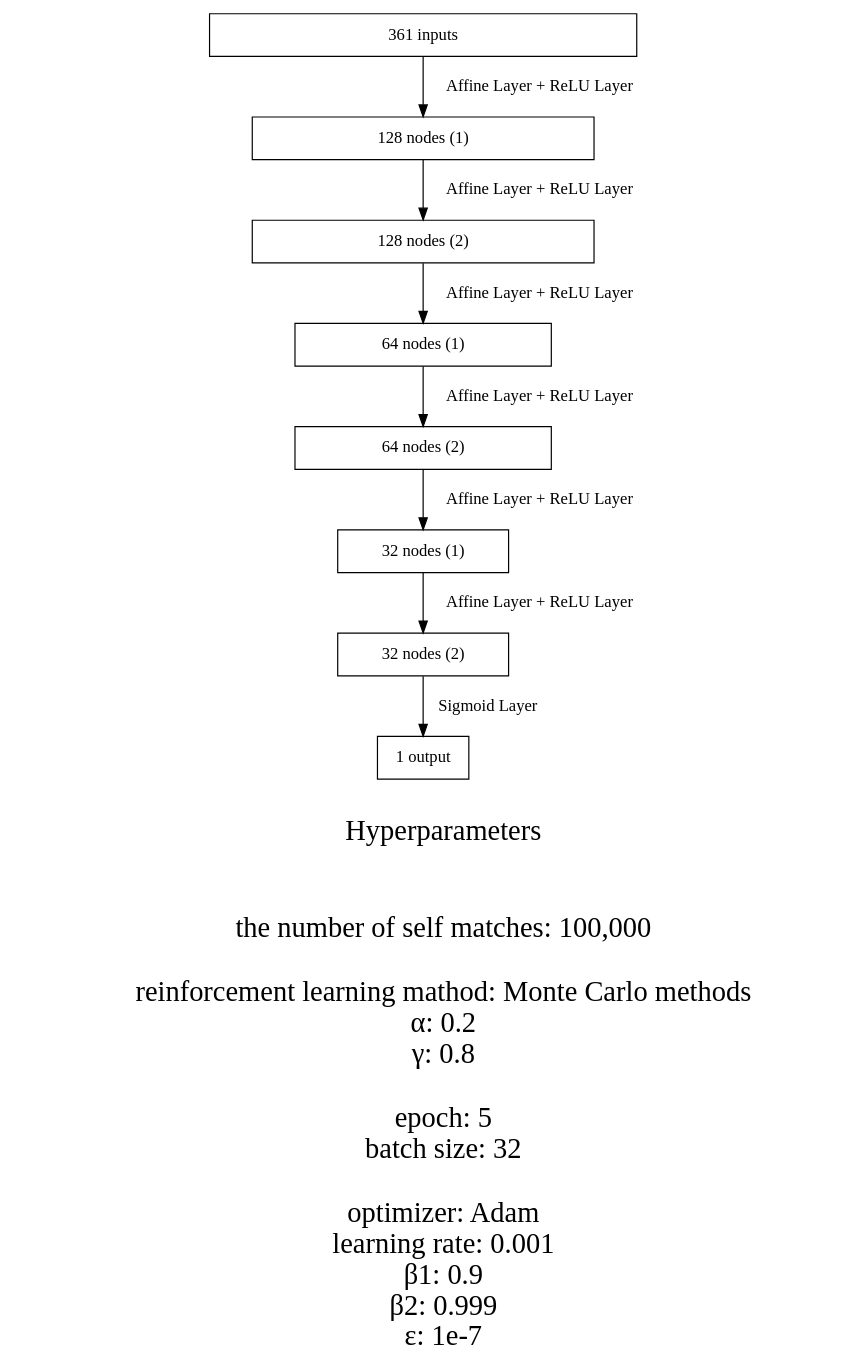
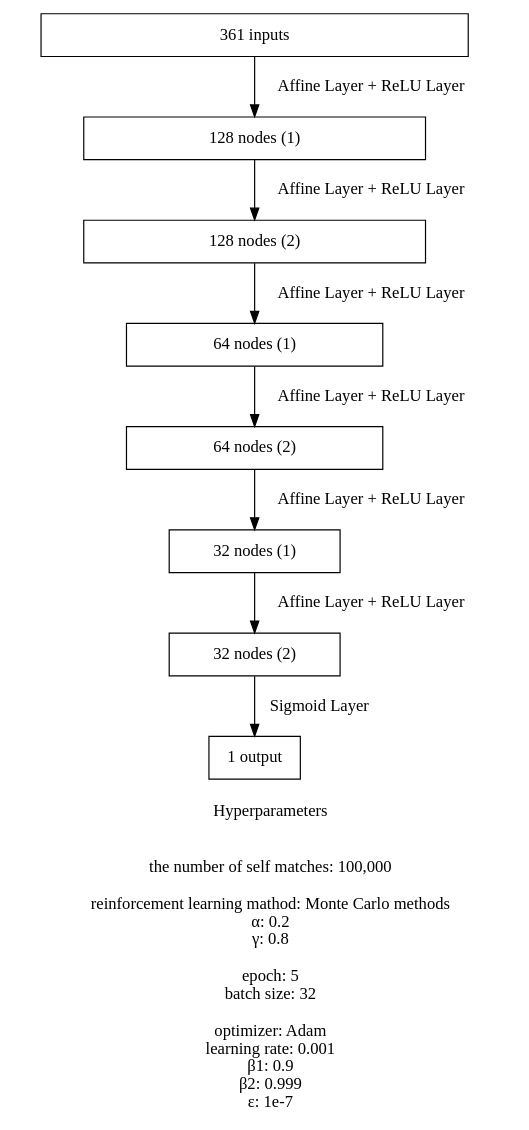
Before and after one commit to kana-lab/gogoshogi: the diagram in neural_network/model.dot, drawn with Graphviz.

Commit message:
minor change

```diff
--- a/neural_network/model.dot
+++ b/neural_network/model.dot
@@ -1,35 +1,34 @@
 digraph {
     rankdir = UD;
     label = "
     Hyperparameters
 
 
     the number of self matches: 100,000
 
     reinforcement learning mathod: Monte Carlo methods
     α: 0.2
     γ: 0.8
 
     epoch: 5
     batch size: 32
 
     optimizer: Adam
     learning rate: 0.001
     β1: 0.9
     β2: 0.999
     ε: 1e-7";
-    fontsize = 24;
     node [shape = box];
 
     "361 inputs" [width = 5];
     "128 nodes (1)" [width = 4];
     "128 nodes (2)" [width = 4];
     "64 nodes (1)" [width = 3];
     "64 nodes (2)" [width = 3];
     "32 nodes (1)" [width = 2];
     "32 nodes (2)" [width = 2];
     "1 output" [width = 1];
 
     "361 inputs" -> "128 nodes (1)" -> "128 nodes (2)" -> "64 nodes (1)" -> "64 nodes (2)" -> "32 nodes (1)" -> "32 nodes (2)" [label = " Affine Layer + ReLU Layer"];
     "32 nodes (2)" -> "1 output" [label = " Sigmoid Layer"];
 }
```
